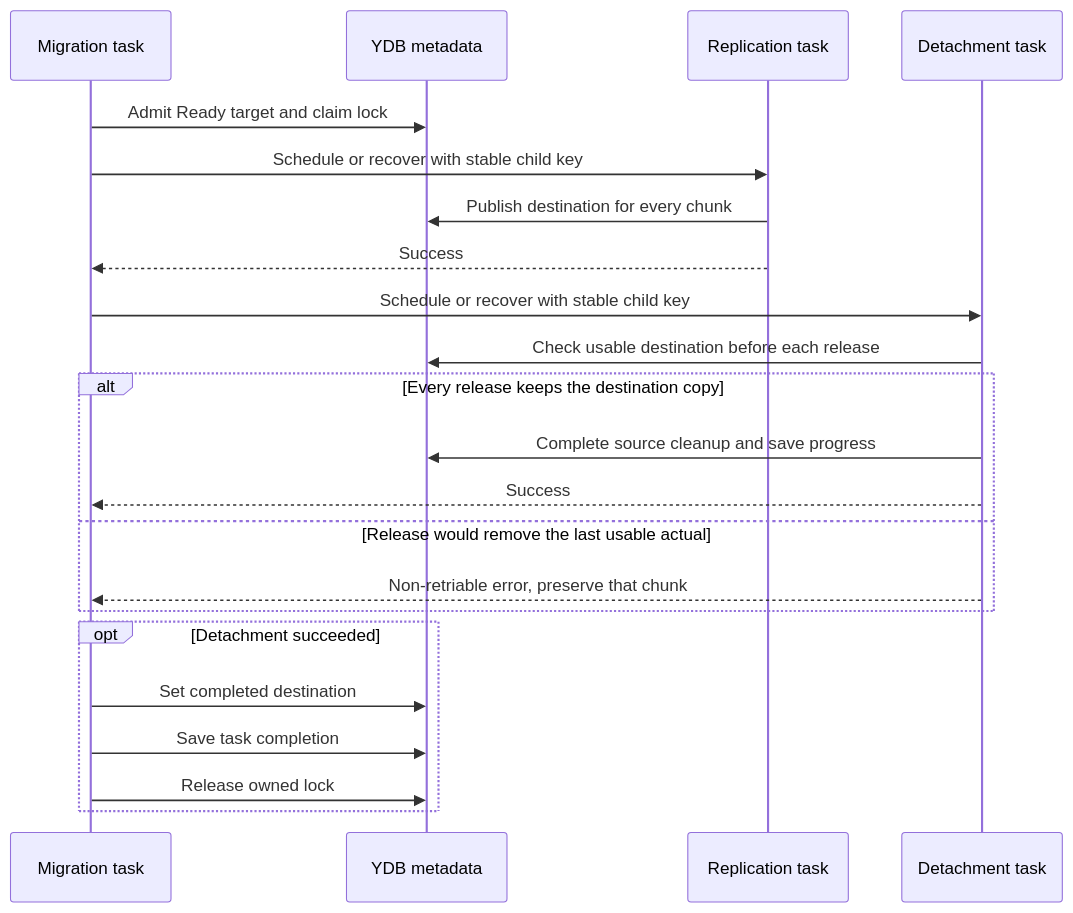
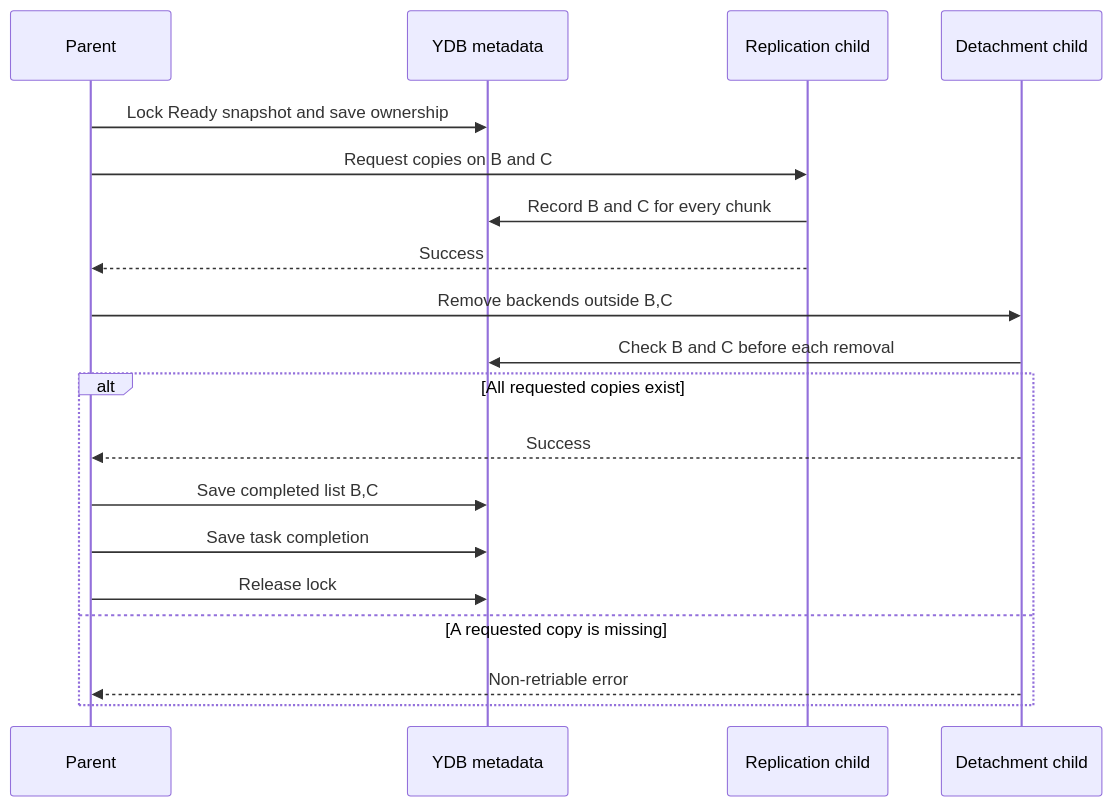
Before and after one commit to ydb-platform/nbs: the eighth of 10 diagrams in doc/disk_manager/chunk_storage/design_doc.md, drawn with Mermaid. The commit also changed other lines of this file, not shown here.

````diff
--- a/doc/disk_manager/chunk_storage/design_doc.md
+++ b/doc/disk_manager/chunk_storage/design_doc.md
@@ -344,24 +317,21 @@
 ```mermaid
 sequenceDiagram
-    participant Task as Migration task
+    participant Parent
     participant DB as YDB metadata
-    participant Replicate as Replication task
-    participant Detach as Detachment task
-    Task->>DB: Admit Ready target and claim lock
-    Task->>Replicate: Schedule or recover with stable child key
-    Replicate->>DB: Publish destination for every chunk
-    Replicate-->>Task: Success
-    Task->>Detach: Schedule or recover with stable child key
-    Detach->>DB: Check usable destination before each release
-    alt Every release keeps the destination copy
-        Detach->>DB: Complete source cleanup and save progress
-        Detach-->>Task: Success
-    else Release would remove the last usable actual
-        Detach-->>Task: Non-retriable error, preserve that chunk
-    end
-    opt Detachment succeeded
-    Task->>DB: Set completed destination
-    Task->>DB: Save task completion
-    Task->>DB: Release owned lock
+    participant Copy as Replication child
+    participant Detach as Detachment child
+    Parent->>DB: Lock Ready snapshot and save ownership
+    Parent->>Copy: Request copies on B and C
+    Copy->>DB: Record B and C for every chunk
+    Copy-->>Parent: Success
+    Parent->>Detach: Remove backends outside B,C
+    Detach->>DB: Check B and C before each removal
+    alt All requested copies exist
+        Detach-->>Parent: Success
+        Parent->>DB: Save completed list B,C
+        Parent->>DB: Save task completion
+        Parent->>DB: Release lock
+    else A requested copy is missing
+        Detach-->>Parent: Non-retriable error
     end
 ```
````
